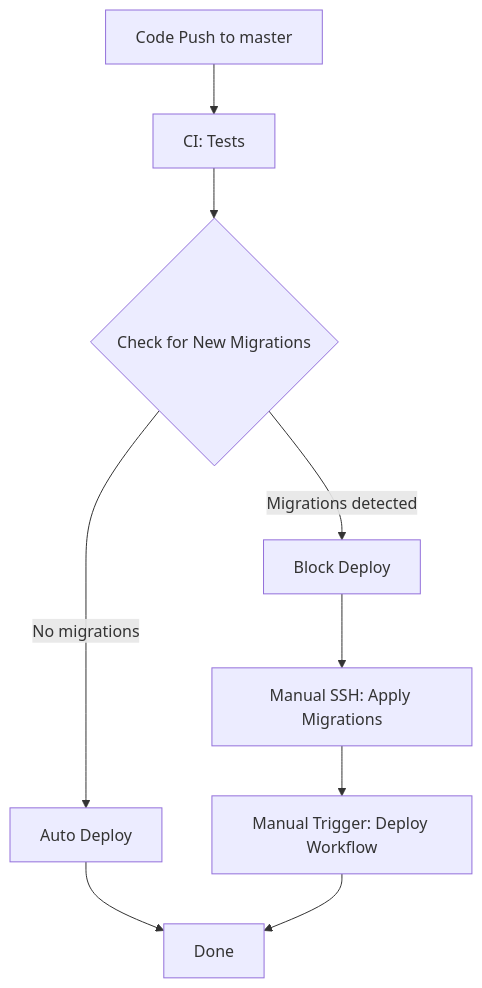
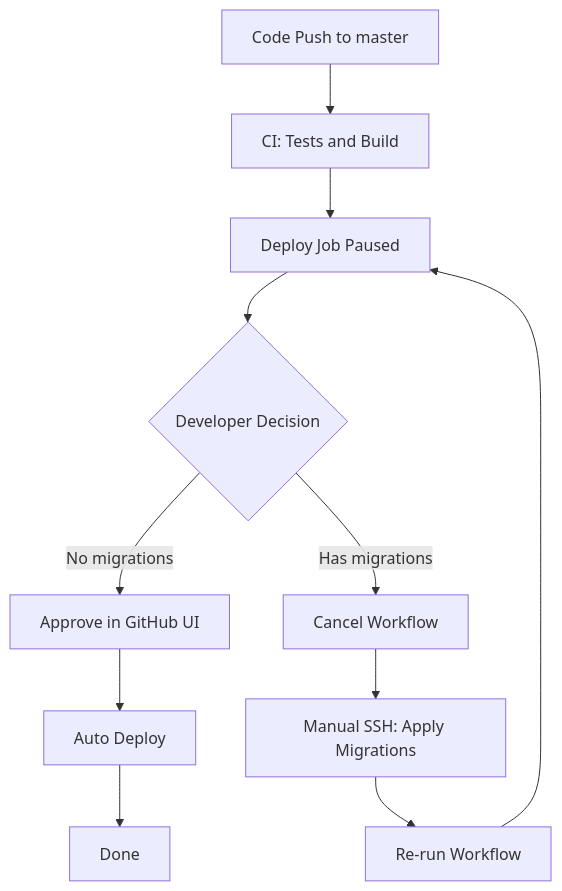
The second of 2 diagrams in doc/plans/production-migration-procedure.md (azakharo/dream-fitness), drawn with Mermaid before and after one commit. The commit also changed other lines of this file, not shown here.

````diff
--- a/doc/plans/production-migration-procedure.md
+++ b/doc/plans/production-migration-procedure.md
@@ -163,11 +163,13 @@
 ```mermaid
 flowchart TD
-    A[Code Push to master] --> B[CI: Tests]
-    B --> C{Check for New Migrations}
-    C -->|No migrations| D[Auto Deploy]
-    C -->|Migrations detected| E[Block Deploy]
-    E --> F[Manual SSH: Apply Migrations]
-    F --> G[Manual Trigger: Deploy Workflow]
-    D --> H[Done]
-    G --> H
+    A[Code Push to master] --> B[CI: Tests and Build]
+    B --> C[Deploy Job Paused]
+    C --> D{Developer Decision}
+    D -->|No migrations| E[Approve in GitHub UI]
+    D -->|Has migrations| F[Cancel Workflow]
+    E --> G[Auto Deploy]
+    F --> H[Manual SSH: Apply Migrations]
+    H --> I[Re-run Workflow]
+    I --> C
+    G --> J[Done]
 ```
````
